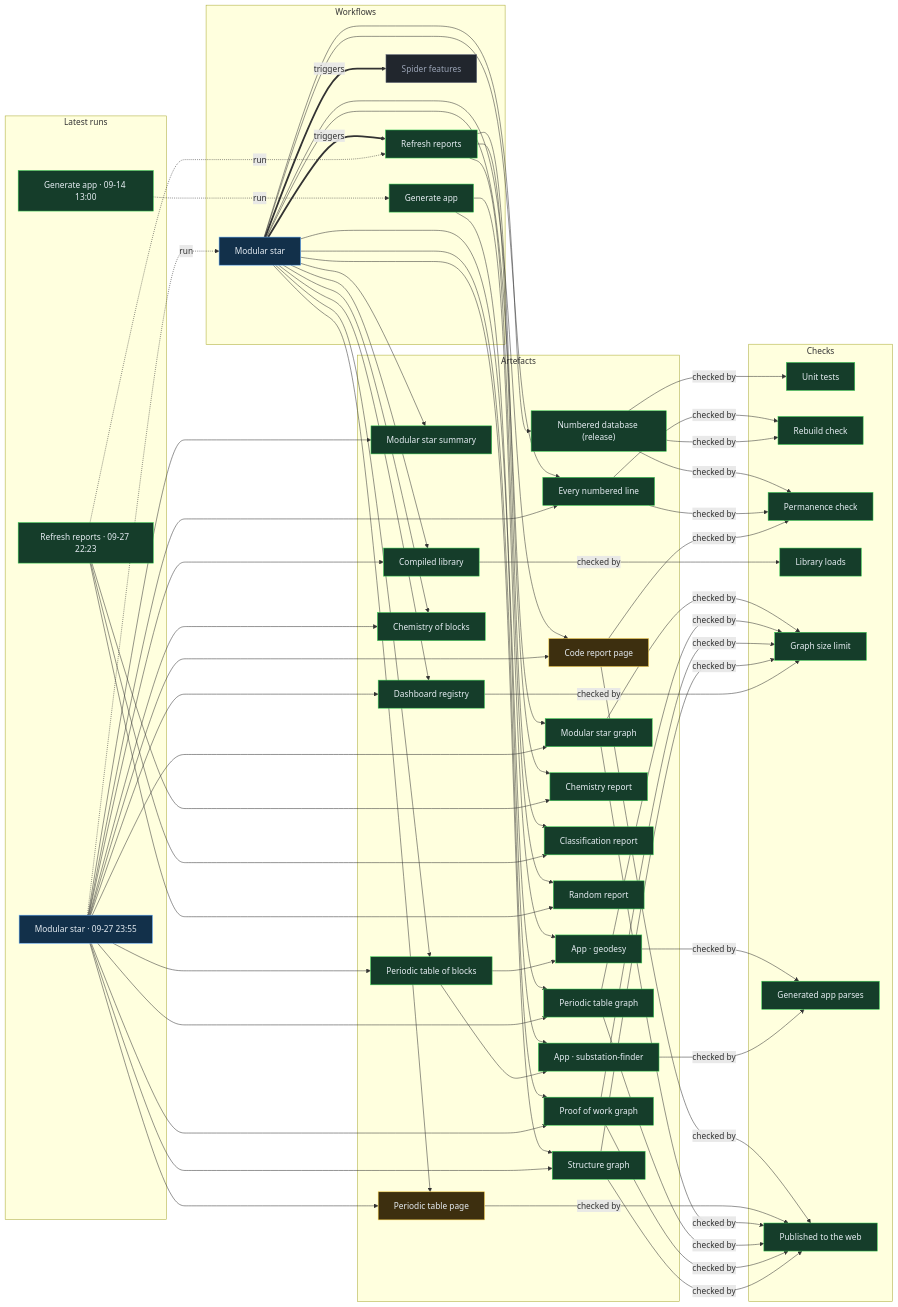
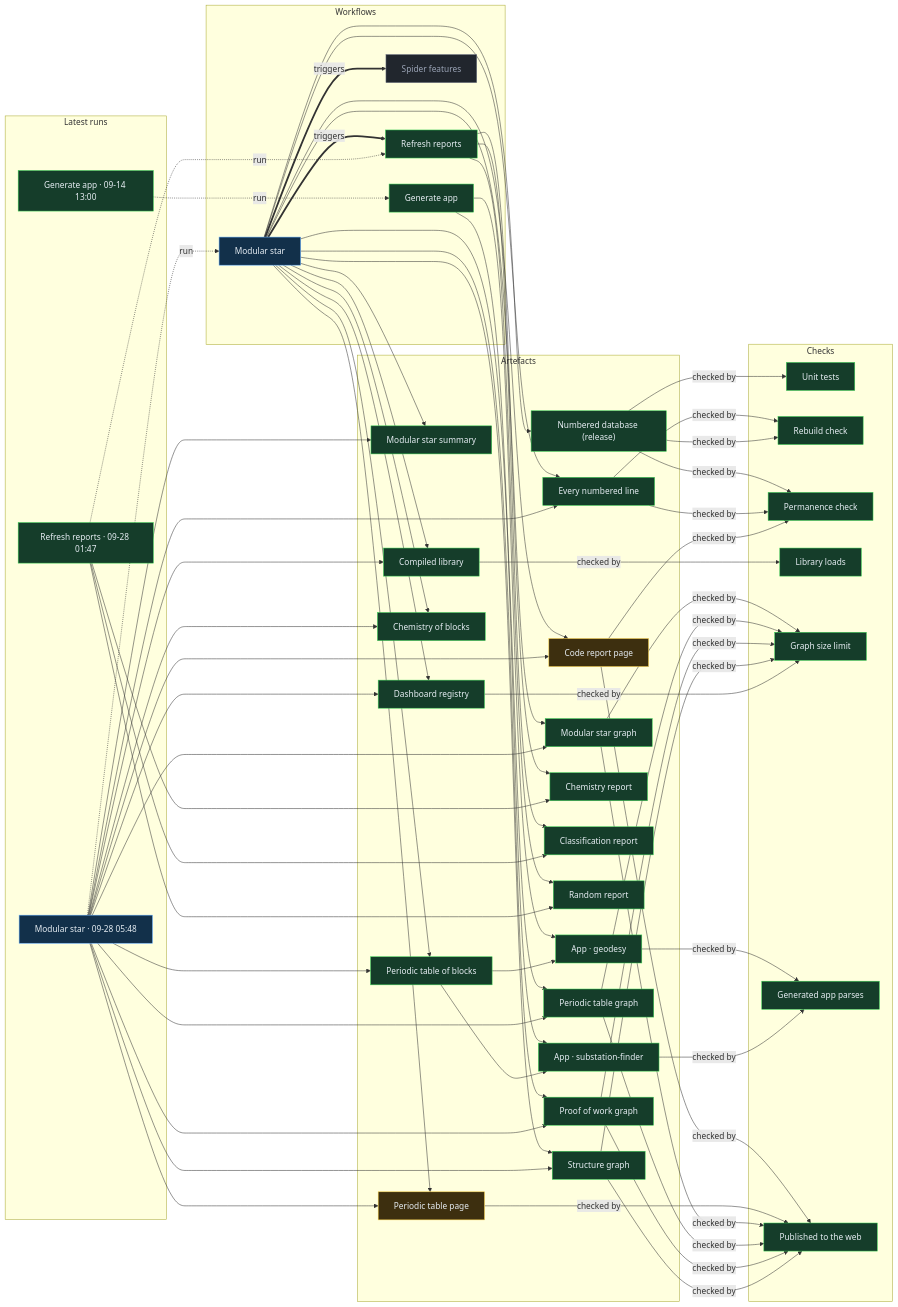
The diagram in proof/PROOF.md (Ventusltd/stars), drawn with Mermaid before and after one commit. The commit also changed other lines of this file and 141 other files, not shown here.

Commit message:
Modular star 2026-09-28T05:50Z

```diff
--- a/proof/PROOF.md
+++ b/proof/PROOF.md
@@ -24,8 +24,8 @@
   n_wf_spider_features["Spider features"]:::off
   end
   subgraph g_runs["Latest runs"]
-  n_run_36360321842["Modular star · 09-27 23:55"]:::live
-  n_run_36355099363["Refresh reports · 09-27 22:23"]:::ok
+  n_run_36383478742["Modular star · 09-28 05:48"]:::live
+  n_run_36367317046["Refresh reports · 09-28 01:47"]:::ok
   n_run_34846587798["Generate app · 09-14 13:00"]:::ok
   end
   subgraph g_artefacts["Artefacts"]
@@ -59,39 +59,39 @@
   end
   n_wf_modular_star == triggers ==> n_wf_refresh
   n_wf_modular_star == triggers ==> n_wf_spider_features
-  n_run_36360321842 -. run .-> n_wf_modular_star
-  n_run_36355099363 -. run .-> n_wf_refresh
+  n_run_36383478742 -. run .-> n_wf_modular_star
+  n_run_36367317046 -. run .-> n_wf_refresh
   n_run_34846587798 -. run .-> n_wf_generate
   n_wf_modular_star --> n_art_summary
-  n_run_36360321842 --> n_art_summary
+  n_run_36383478742 --> n_art_summary
   n_wf_modular_star --> n_art_lines
-  n_run_36360321842 --> n_art_lines
+  n_run_36383478742 --> n_art_lines
   n_wf_modular_star --> n_art_code
-  n_run_36360321842 --> n_art_code
+  n_run_36383478742 --> n_art_code
   n_wf_modular_star --> n_art_modular_graph
-  n_run_36360321842 --> n_art_modular_graph
+  n_run_36383478742 --> n_art_modular_graph
   n_wf_modular_star --> n_art_blocks
-  n_run_36360321842 --> n_art_blocks
+  n_run_36383478742 --> n_art_blocks
   n_wf_modular_star --> n_art_table
-  n_run_36360321842 --> n_art_table
+  n_run_36383478742 --> n_art_table
   n_wf_modular_star --> n_art_blocks_graph
-  n_run_36360321842 --> n_art_blocks_graph
+  n_run_36383478742 --> n_art_blocks_graph
   n_wf_modular_star --> n_art_reactions
-  n_run_36360321842 --> n_art_reactions
+  n_run_36383478742 --> n_art_reactions
   n_wf_modular_star --> n_art_library
-  n_run_36360321842 --> n_art_library
+  n_run_36383478742 --> n_art_library
   n_wf_modular_star --> n_art_features
-  n_run_36360321842 --> n_art_features
+  n_run_36383478742 --> n_art_features
   n_wf_modular_star --> n_art_proof
-  n_run_36360321842 --> n_art_proof
+  n_run_36383478742 --> n_art_proof
   n_wf_modular_star --> n_art_structure
-  n_run_36360321842 --> n_art_structure
+  n_run_36383478742 --> n_art_structure
   n_wf_refresh --> n_art_chemistry
-  n_run_36355099363 --> n_art_chemistry
+  n_run_36367317046 --> n_art_chemistry
   n_wf_refresh --> n_art_vedic
-  n_run_36355099363 --> n_art_vedic
+  n_run_36367317046 --> n_art_vedic
   n_wf_refresh --> n_art_random
-  n_run_36355099363 --> n_art_random
+  n_run_36367317046 --> n_art_random
   n_wf_modular_star --> n_art_release
   n_wf_generate --> n_app_geodesy
   n_art_blocks --> n_app_geodesy
```
